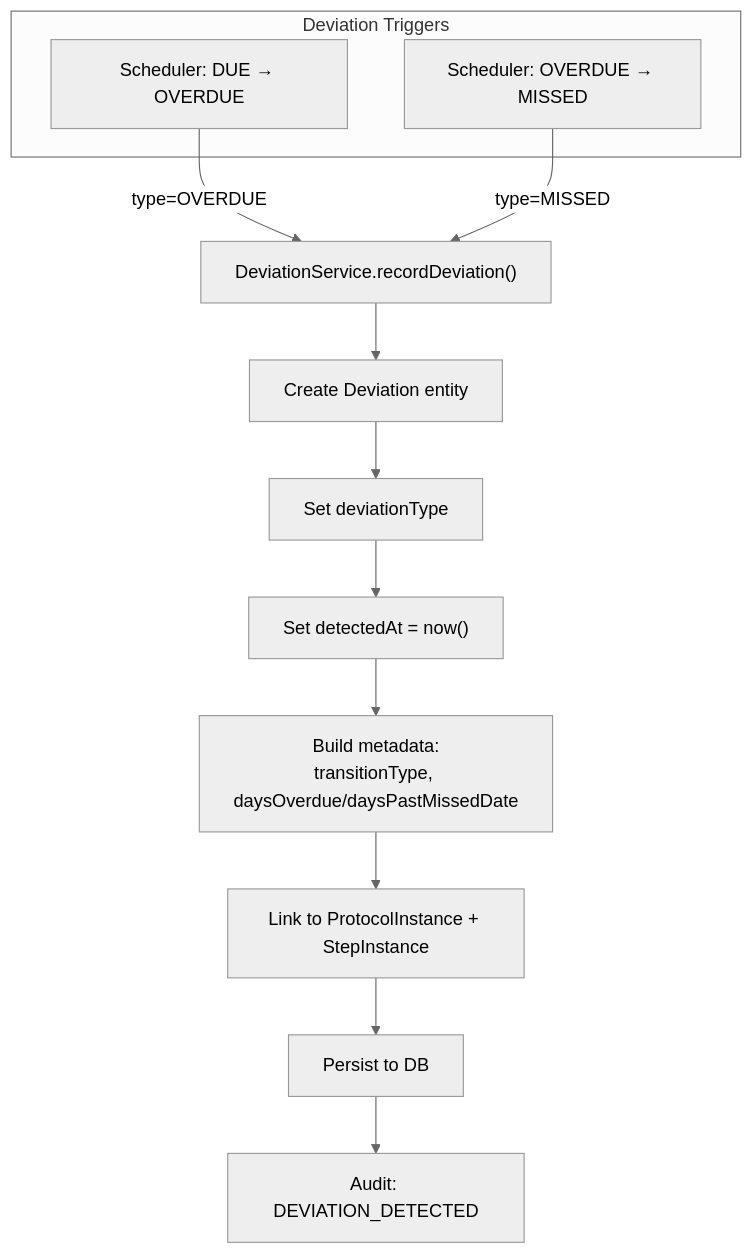
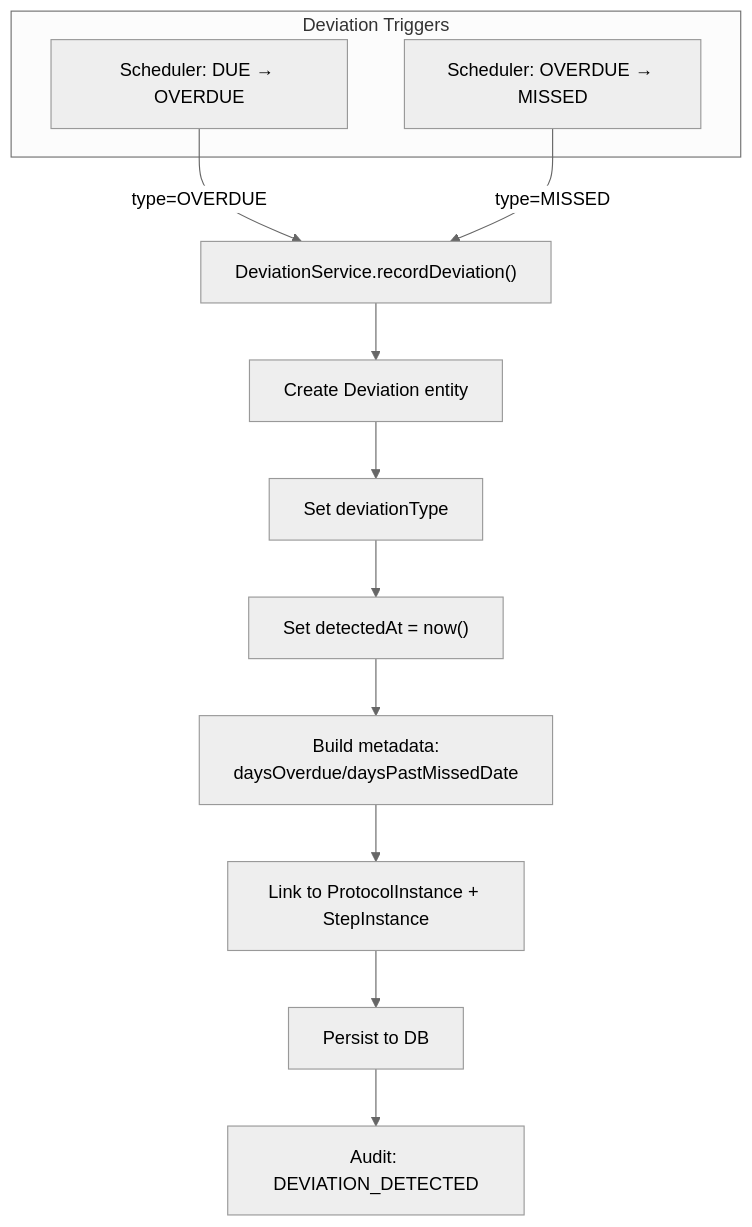
The fifth of 7 diagrams in docs/flow-diagrams.md (Jayaprakash8887/cce-compliance-service), drawn with Mermaid (neutral theme) before and after one commit.

Commit message:
Feat #CCE-74: DeviationService

````diff
--- a/docs/flow-diagrams.md
+++ b/docs/flow-diagrams.md
@@ -256,19 +256,19 @@
 ```mermaid
 flowchart TD
     subgraph "Deviation Triggers"
         T1["Scheduler: DUE → OVERDUE"]
         T2["Scheduler: OVERDUE → MISSED"]
     end
 
     T1 -->|"type=OVERDUE"| RD
     T2 -->|"type=MISSED"| RD
 
     RD["DeviationService.recordDeviation()"]
     RD --> D1["Create Deviation entity"]
     D1 --> D2["Set deviationType"]
     D2 --> D3["Set detectedAt = now()"]
-    D3 --> D4["Build metadata:<br/>transitionType, daysOverdue/daysPastMissedDate"]
+    D3 --> D4["Build metadata:<br/>daysOverdue/daysPastMissedDate"]
     D4 --> D5["Link to ProtocolInstance + StepInstance"]
     D5 --> D6["Persist to DB"]
     D6 --> D7["Audit: DEVIATION_DETECTED"]
 ```
````
